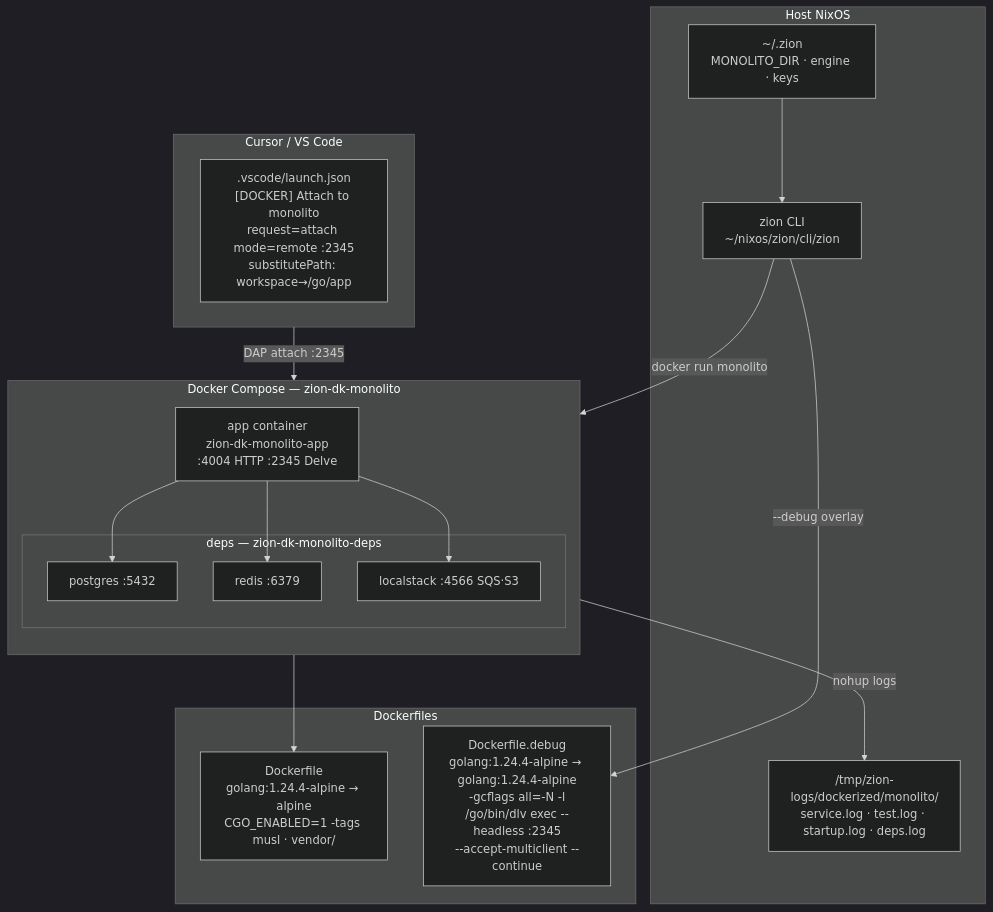
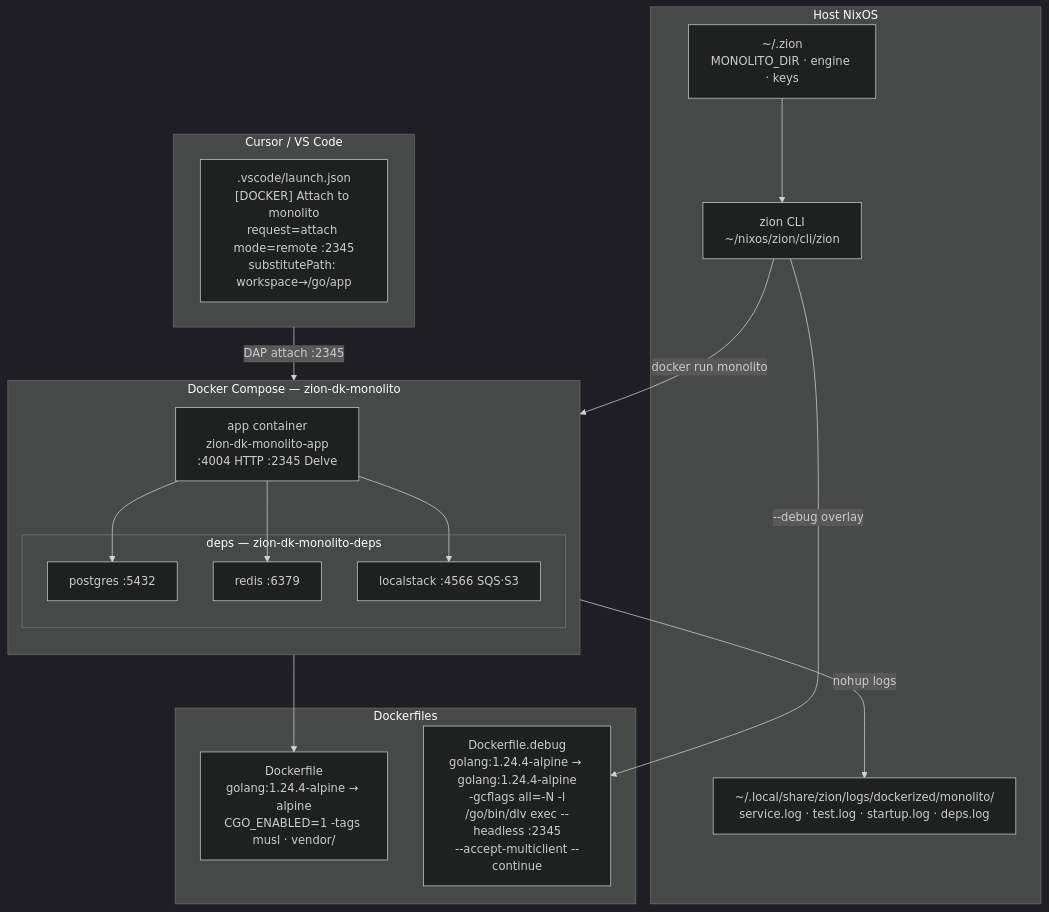
The first of 2 diagrams in zion/dockerized/monolito/README.md (autibequi/nixos), drawn with Mermaid (dark theme) before and after one commit. The commit also changed other lines of this file and 5 other files, not shown here.

Commit message:
docs(docker): atualizar path de logs para ~/.local/share/zion/logs em toda a doc

````diff
--- a/zion/dockerized/monolito/README.md
+++ b/zion/dockerized/monolito/README.md
@@ -27,35 +27,35 @@
 ```mermaid
 graph TD
     subgraph HOST["Host NixOS"]
         ZionCLI["zion CLI\n~/nixos/zion/cli/zion"]
         ZionCFG["~/.zion\nMONOLITO_DIR · engine · keys"]
-        LOGS["/tmp/zion-logs/dockerized/monolito/\nservice.log · test.log · startup.log · deps.log"]
+        LOGS["~/.local/share/zion/logs/dockerized/monolito/\nservice.log · test.log · startup.log · deps.log"]
     end
 
     subgraph COMPOSE["Docker Compose — zion-dk-monolito"]
         direction TB
         APP["app container\nzion-dk-monolito-app\n:4004 HTTP  :2345 Delve"]
         subgraph DEPS["deps — zion-dk-monolito-deps"]
             PG["postgres :5432"]
             RD["redis :6379"]
             LS["localstack :4566 SQS·S3"]
         end
     end
 
     subgraph IMGS["Dockerfiles"]
         DF["Dockerfile\ngolang:1.24.4-alpine → alpine\nCGO_ENABLED=1 -tags musl · vendor/"]
         DFD["Dockerfile.debug\ngolang:1.24.4-alpine → golang:1.24.4-alpine\n-gcflags all=-N -l\n/go/bin/dlv exec --headless :2345\n--accept-multiclient --continue"]
     end
 
     subgraph CURSOR["Cursor / VS Code"]
         LC[".vscode/launch.json\n[DOCKER] Attach to monolito\nrequest=attach mode=remote :2345\nsubstitutePath: workspace→/go/app"]
     end
 
     ZionCFG --> ZionCLI
     ZionCLI -->|"docker run monolito"| APP
     ZionCLI -->|"--debug overlay"| DFD
     APP --> DF
     APP --> PG & RD & LS
     APP -->|"nohup logs"| LOGS
     CURSOR -->|"DAP attach :2345"| APP
 ```
````
